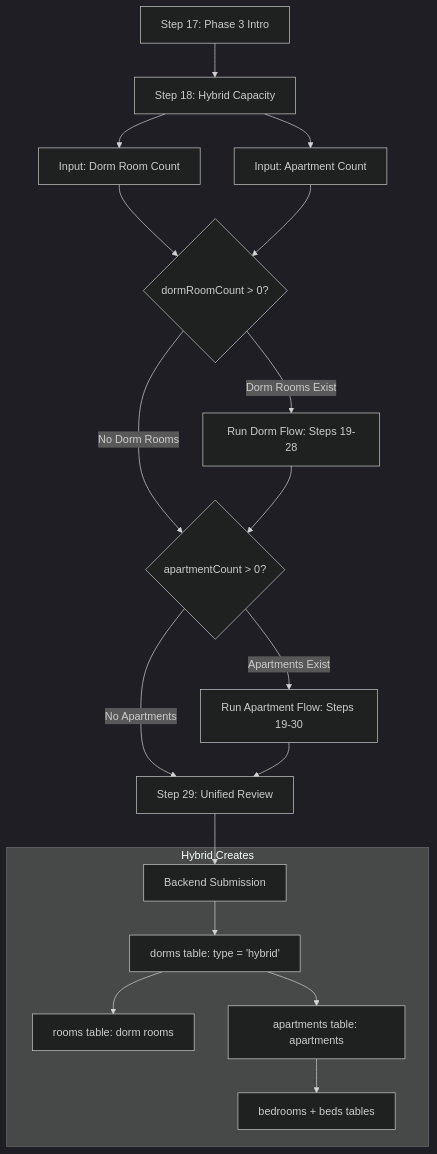
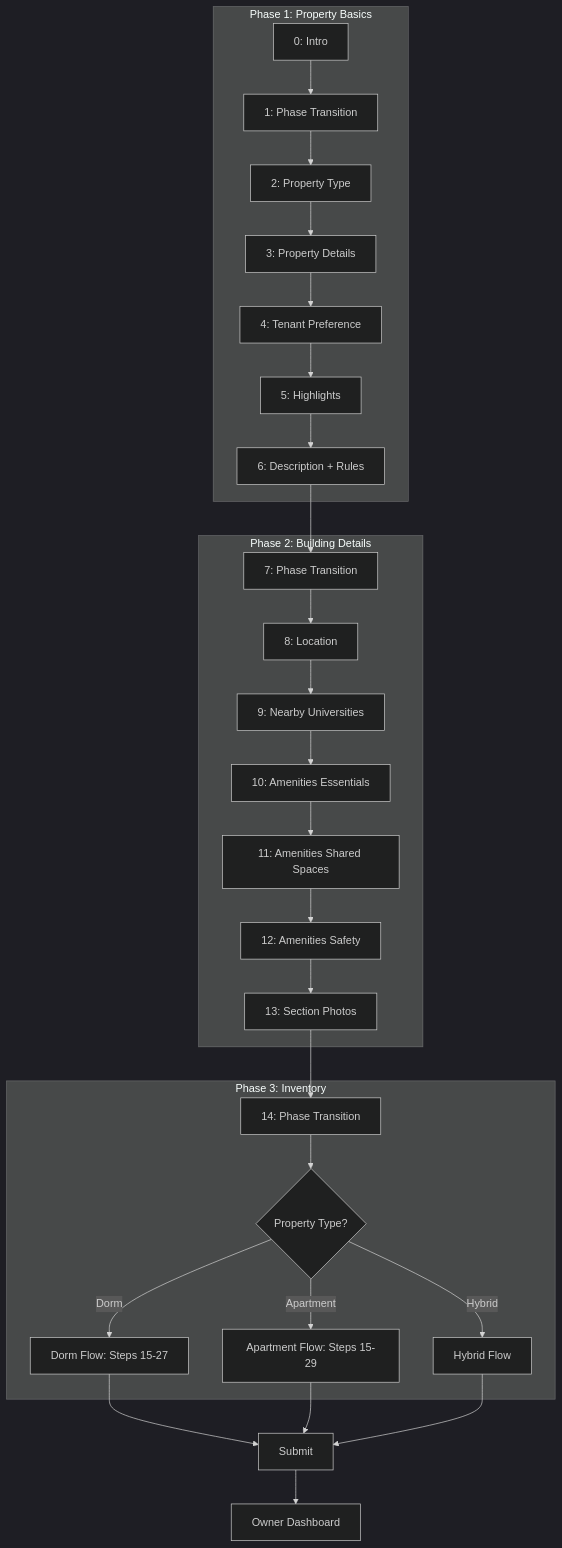
Before and after one commit to hasanmokdad-cloud/roomy-vision-clone: the third of 3 diagrams in docs/architecture/BECOME_OWNER_WIZARD_ARCHITECTURE.md, drawn with Mermaid (dark theme). The commit also changed other lines of this file, not shown here.

Commit message:
Updated dorm wizard flow

````diff
--- a/docs/architecture/BECOME_OWNER_WIZARD_ARCHITECTURE.md
+++ b/docs/architecture/BECOME_OWNER_WIZARD_ARCHITECTURE.md
@@ -2413,28 +1248,34 @@
 ```mermaid
 flowchart TD
-    H17[Step 17: Phase 3 Intro] --> H18[Step 18: Hybrid Capacity]
-    H18 --> H18A[Input: Dorm Room Count]
-    H18 --> H18B[Input: Apartment Count]
+    subgraph "Phase 1: Property Basics"
+        A[0: Intro] --> B[1: Phase Transition]
+        B --> C[2: Property Type]
+        C --> D[3: Property Details]
+        D --> E[4: Tenant Preference]
+        E --> F[5: Highlights]
+        F --> G[6: Description + Rules]
+    end
     
-    H18A --> CHECK{dormRoomCount > 0?}
-    H18B --> CHECK
+    subgraph "Phase 2: Building Details"
+        G --> H[7: Phase Transition]
+        H --> I[8: Location]
+        I --> J[9: Nearby Universities]
+        J --> K[10: Amenities Essentials]
+        K --> L[11: Amenities Shared Spaces]
+        L --> M[12: Amenities Safety]
+        M --> N[13: Section Photos]
+    end
     
-    CHECK -->|Dorm Rooms Exist| DORM[Run Dorm Flow: Steps 19-28]
-    CHECK -->|No Dorm Rooms| APT_CHECK{apartmentCount > 0?}
+    subgraph "Phase 3: Inventory"
+        N --> O[14: Phase Transition]
+        O --> P{Property Type?}
+        P -->|Dorm| DORM[Dorm Flow: Steps 15-27]
+        P -->|Apartment| APT[Apartment Flow: Steps 15-29]
+        P -->|Hybrid| HYB[Hybrid Flow]
+    end
     
-    DORM --> APT_CHECK
-    
-    APT_CHECK -->|Apartments Exist| APT[Run Apartment Flow: Steps 19-30]
-    APT_CHECK -->|No Apartments| REVIEW[Step 29: Unified Review]
-    
-    APT --> REVIEW
-    
-    REVIEW --> SUBMIT[Backend Submission]
-    
-    subgraph "Hybrid Creates"
-        SUBMIT --> DB_DORM[dorms table: type = 'hybrid']
-        DB_DORM --> DB_ROOMS[rooms table: dorm rooms]
-        DB_DORM --> DB_APTS[apartments table: apartments]
-        DB_APTS --> DB_BEDS[bedrooms + beds tables]
-    end
+    DORM --> SUB[Submit]
+    APT --> SUB
+    HYB --> SUB
+    SUB --> DASH[Owner Dashboard]
 ```
````
